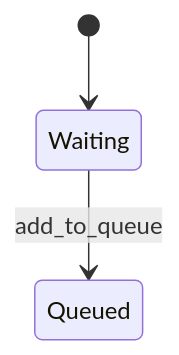
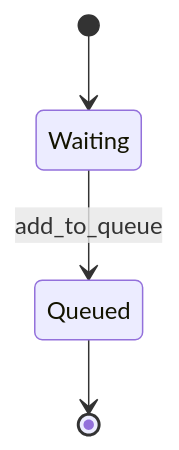
Before and after one commit to b2b-info/tp2-administration-librairie-cedricetarnaud: the diagram in README.md, drawn with Mermaid.

````diff
--- a/README.md
+++ b/README.md
@@ -59,5 +59,6 @@
 ```mermaid
 stateDiagram-v2
     [*] --> Waiting
     Waiting --> Queued : add_to_queue
+    Queued --> [*]
 ```
````
